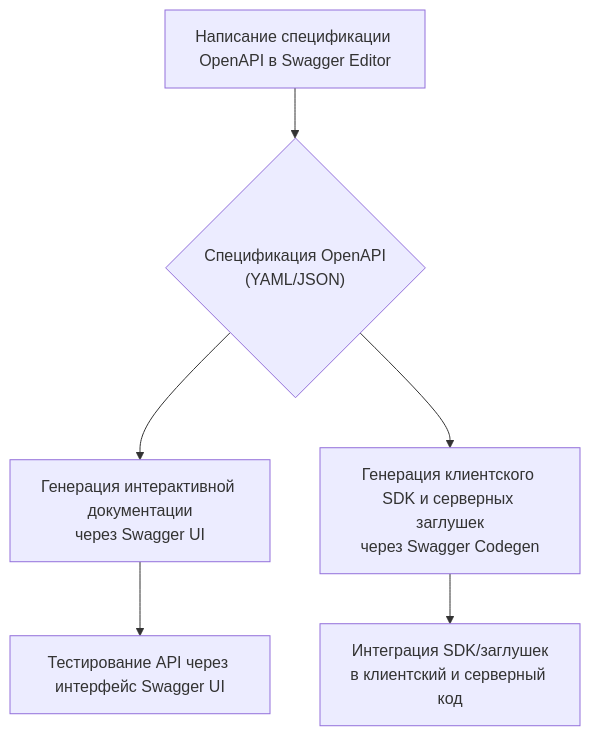
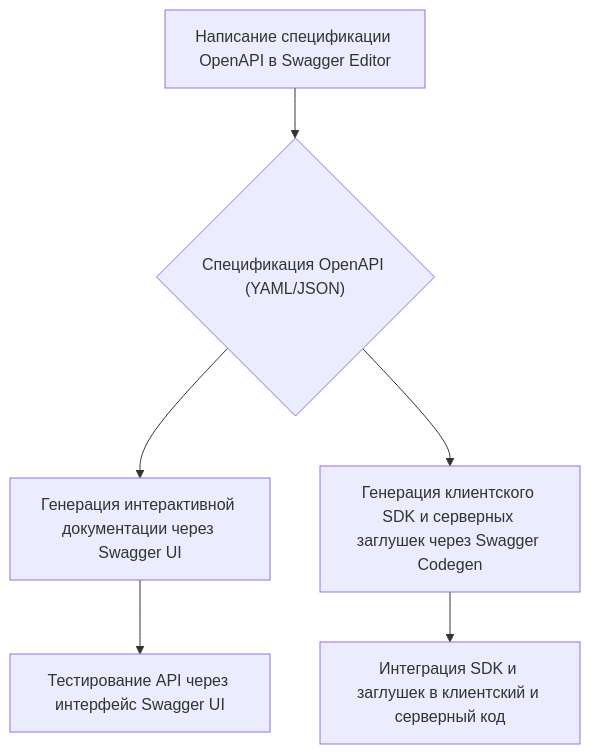
The diagram in topics/swagger.md (kaktojosko/sa-wiki-content), drawn with Mermaid before and after one commit.

Commit message:
authguide

````diff
--- a/topics/swagger.md
+++ b/topics/swagger.md
@@ -102,8 +102,8 @@
 ```mermaid
 flowchart TD
-  A[Написание спецификации OpenAPI в Swagger Editor] --> B{"Спецификация OpenAPI<br/>(YAML/JSON)"}
-  B --> C[Генерация интерактивной документации<br/>через Swagger UI]
-  B --> D[Генерация клиентского SDK и серверных заглушек<br/>через Swagger Codegen]
+  A[Написание спецификации OpenAPI в Swagger Editor] --> B{"Спецификация OpenAPI (YAML/JSON)"}
+  B --> C[Генерация интерактивной документации через Swagger UI]
+  B --> D[Генерация клиентского SDK и серверных заглушек через Swagger Codegen]
   C --> E[Тестирование API через интерфейс Swagger UI]
-  D --> F[Интеграция SDK/заглушек<br/>в клиентский и серверный код]
+  D --> F[Интеграция SDK и заглушек в клиентский и серверный код]
 ```
````
